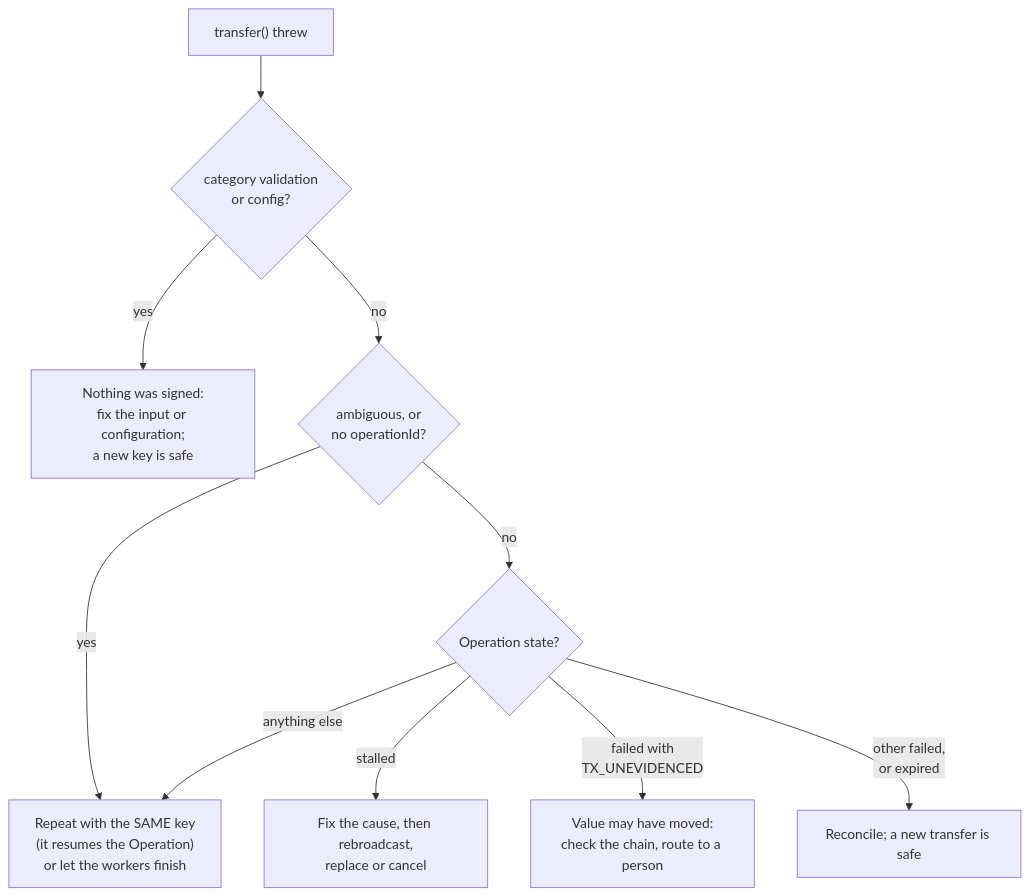
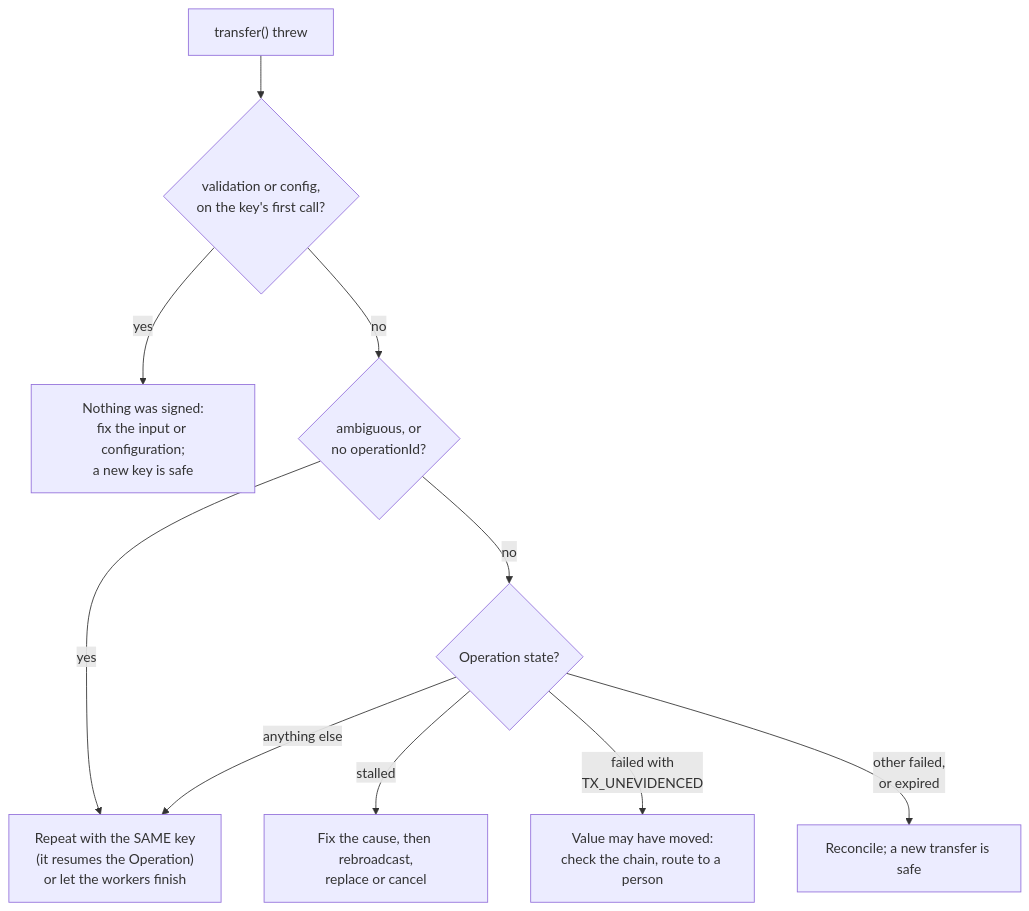
One commit to vhidvz/crypto-aio changed the diagram in docs/tour/recovery.md. Above: the diagram before and after it, drawn with Mermaid. The commit also changed other lines of this file and 58 other files, not shown here.

````diff
--- a/docs/tour/recovery.md
+++ b/docs/tour/recovery.md
@@ -39,12 +45,12 @@
 ```mermaid
 flowchart TB
-  err["transfer() threw"] --> cat{"category validation<br/>or config?"}
+  err["transfer() threw"] --> cat{"validation or config,<br/>on the key's first call?"}
   cat -- yes --> fix["Nothing was signed:<br/>fix the input or configuration;<br/>a new key is safe"]
   cat -- no --> amb{"ambiguous, or<br/>no operationId?"}
   amb -- yes --> same["Repeat with the SAME key<br/>(it resumes the Operation)<br/>or let the workers finish"]
   amb -- no --> state{"Operation state?"}
   state -- stalled --> remedy["Fix the cause, then rebroadcast,<br/>replace or cancel"]
   state -- "failed with<br/>TX_UNEVIDENCED" --> person["Value may have moved:<br/>check the chain, route to a person"]
   state -- "other failed,<br/>or expired" --> reconcile["Reconcile; a new transfer is safe"]
   state -- "anything else" --> same
 ```
````
